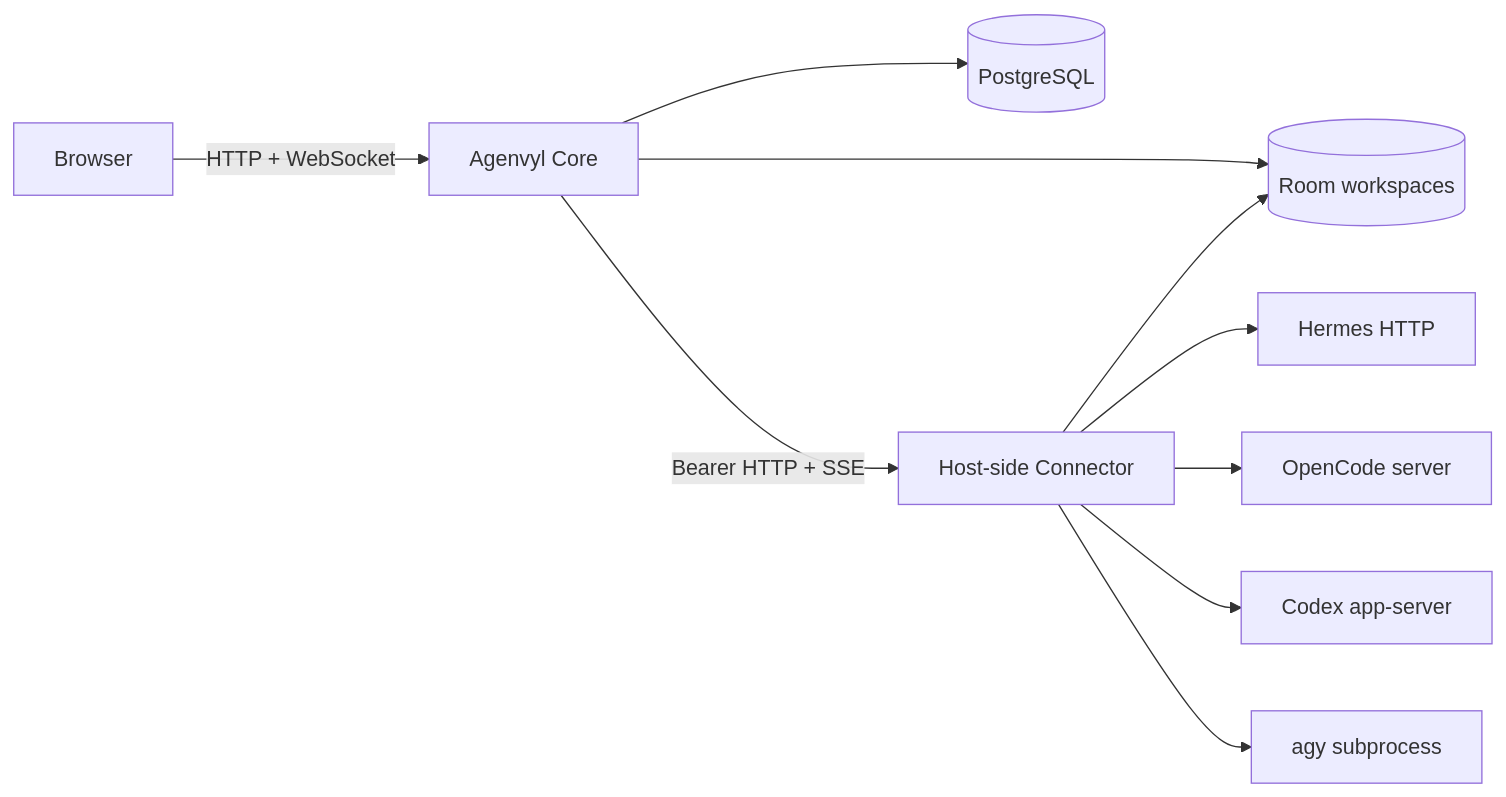
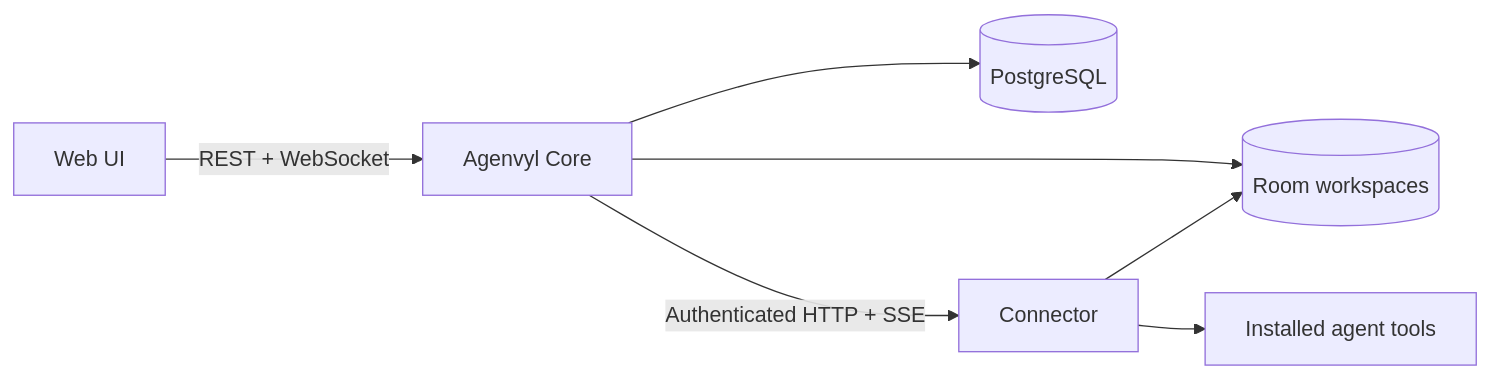
One commit to riffi/agenvyl changed the second of 3 diagrams in docs/architecture/overview.md. Above: the diagram before and after it, drawn with Mermaid. The commit also changed other lines of this file and 33 other files, not shown here.

````diff
--- a/docs/architecture/overview.md
+++ b/docs/architecture/overview.md
@@ -13,12 +58,9 @@
 ```mermaid
 flowchart LR
-  Browser[Browser] -->|HTTP + WebSocket| Core[Agenvyl Core]
-  Core --> PostgreSQL[(PostgreSQL)]
+  Browser[Web UI] -->|REST + WebSocket| Core[Agenvyl Core]
+  Core --> Database[(PostgreSQL)]
   Core --> Workspace[(Room workspaces)]
-  Core -->|Bearer HTTP + SSE| Connector[Host-side Connector]
+  Core -->|Authenticated HTTP + SSE| Connector[Connector]
   Connector --> Workspace
-  Connector --> Hermes[Hermes HTTP]
-  Connector --> OpenCode[OpenCode server]
-  Connector --> Codex[Codex app-server]
-  Connector --> AGY[agy subprocess]
+  Connector --> Harnesses[Installed agent tools]
 ```
````
